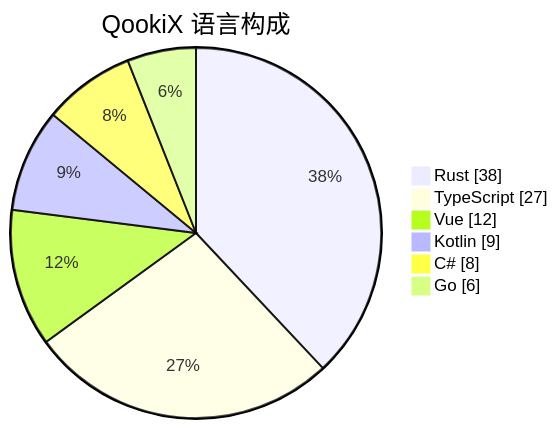
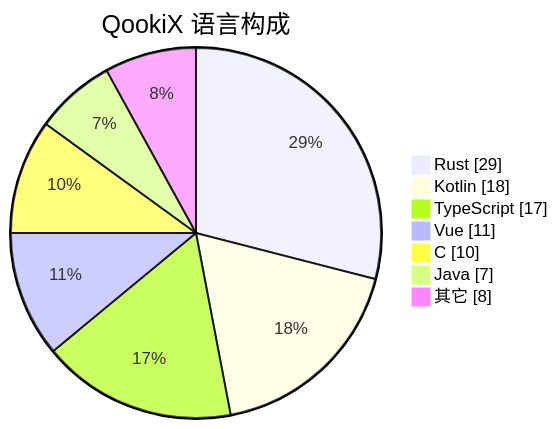
Before and after one commit to QookiX/.github: the diagram in profile/README.md, drawn with Mermaid. The commit also changed other lines of this file, not shown here.

````diff
--- a/profile/README.md
+++ b/profile/README.md
@@ -87,10 +87,11 @@
 ```mermaid
 pie showData
     title QookiX 语言构成
-    "Rust" : 38
-    "TypeScript" : 27
-    "Vue" : 12
-    "Kotlin" : 9
-    "C#" : 8
-    "Go" : 6
+    "Rust" : 29
+    "Kotlin" : 18
+    "TypeScript" : 17
+    "Vue" : 11
+    "C" : 10
+    "Java" : 7
+    "其它" : 8
 ```
````
